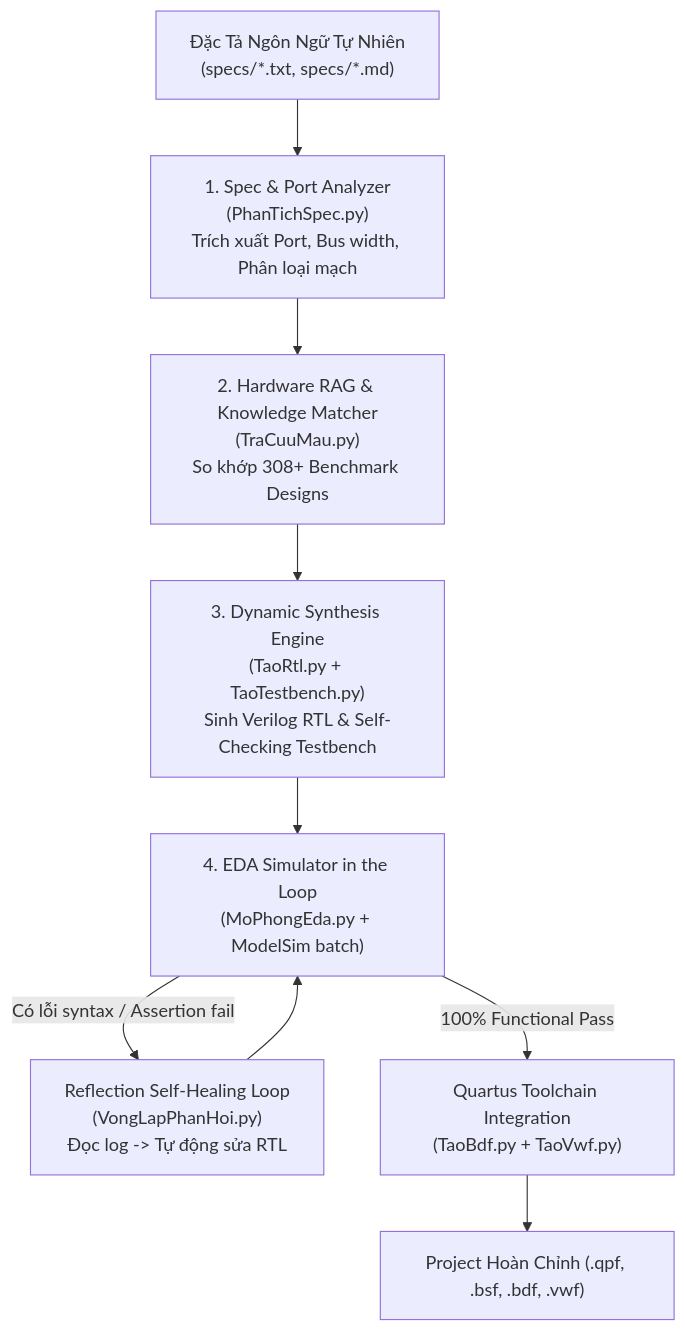
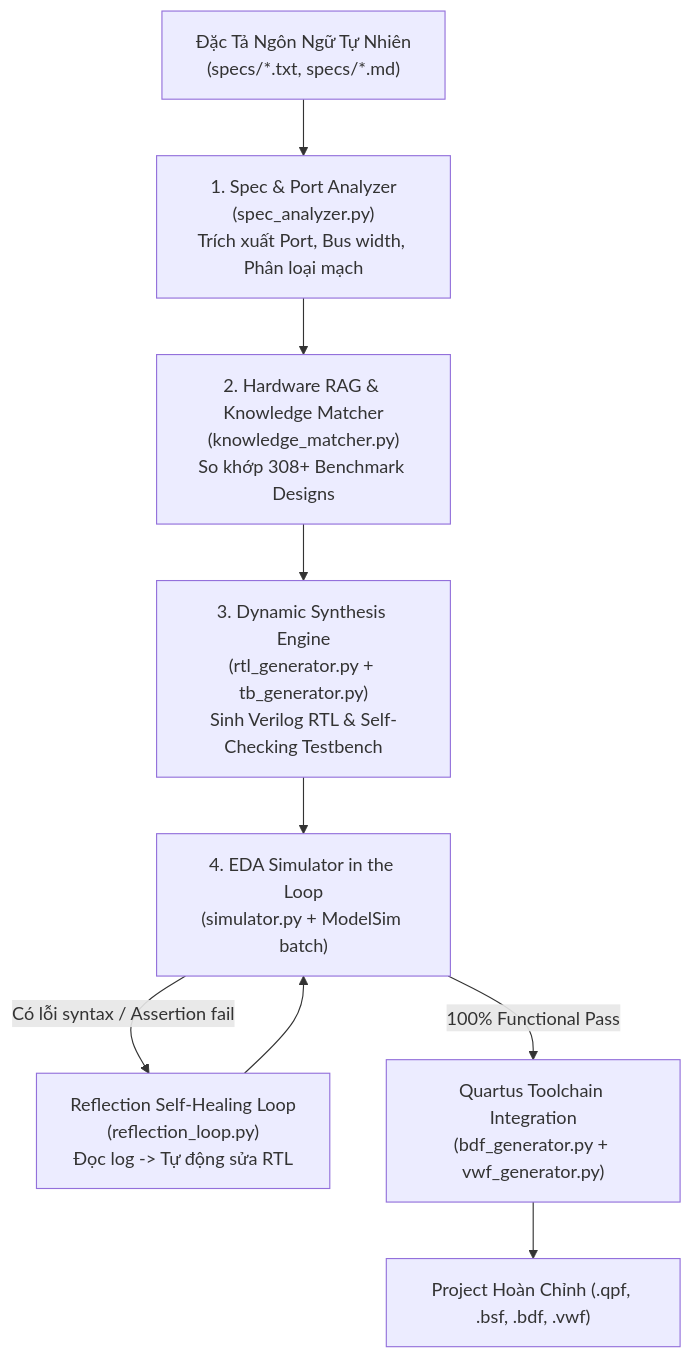
One commit to LamGianggg/TKLLS changed the diagram in README.md. Above: the diagram before and after it, drawn with Mermaid. The commit also changed other lines of this file and 17 other files, not shown here.

````diff
--- a/README.md
+++ b/README.md
@@ -31,11 +18,11 @@
 ```mermaid
 flowchart TD
-    A["Đặc Tả Ngôn Ngữ Tự Nhiên\n(specs/*.txt, specs/*.md)"] --> B["1. Spec & Port Analyzer\n(PhanTichSpec.py)\nTrích xuất Port, Bus width, Phân loại mạch"]
-    B --> C["2. Hardware RAG & Knowledge Matcher\n(TraCuuMau.py)\nSo khớp 308+ Benchmark Designs"]
-    C --> D["3. Dynamic Synthesis Engine\n(TaoRtl.py + TaoTestbench.py)\nSinh Verilog RTL & Self-Checking Testbench"]
-    D --> E["4. EDA Simulator in the Loop\n(MoPhongEda.py + ModelSim batch)"]
-    E -->|Có lỗi syntax / Assertion fail| F["Reflection Self-Healing Loop\n(VongLapPhanHoi.py)\nĐọc log -> Tự động sửa RTL"]
+    A["Đặc Tả Ngôn Ngữ Tự Nhiên\n(specs/*.txt, specs/*.md)"] --> B["1. Spec & Port Analyzer\n(spec_analyzer.py)\nTrích xuất Port, Bus width, Phân loại mạch"]
+    B --> C["2. Hardware RAG & Knowledge Matcher\n(knowledge_matcher.py)\nSo khớp 308+ Benchmark Designs"]
+    C --> D["3. Dynamic Synthesis Engine\n(rtl_generator.py + tb_generator.py)\nSinh Verilog RTL & Self-Checking Testbench"]
+    D --> E["4. EDA Simulator in the Loop\n(simulator.py + ModelSim batch)"]
+    E -->|Có lỗi syntax / Assertion fail| F["Reflection Self-Healing Loop\n(reflection_loop.py)\nĐọc log -> Tự động sửa RTL"]
     F --> E
-    E -->|100% Functional Pass| G["Quartus Toolchain Integration\n(TaoBdf.py + TaoVwf.py)"]
+    E -->|100% Functional Pass| G["Quartus Toolchain Integration\n(bdf_generator.py + vwf_generator.py)"]
     G --> H["Project Hoàn Chỉnh (.qpf, .bsf, .bdf, .vwf)"]
 ```
````
